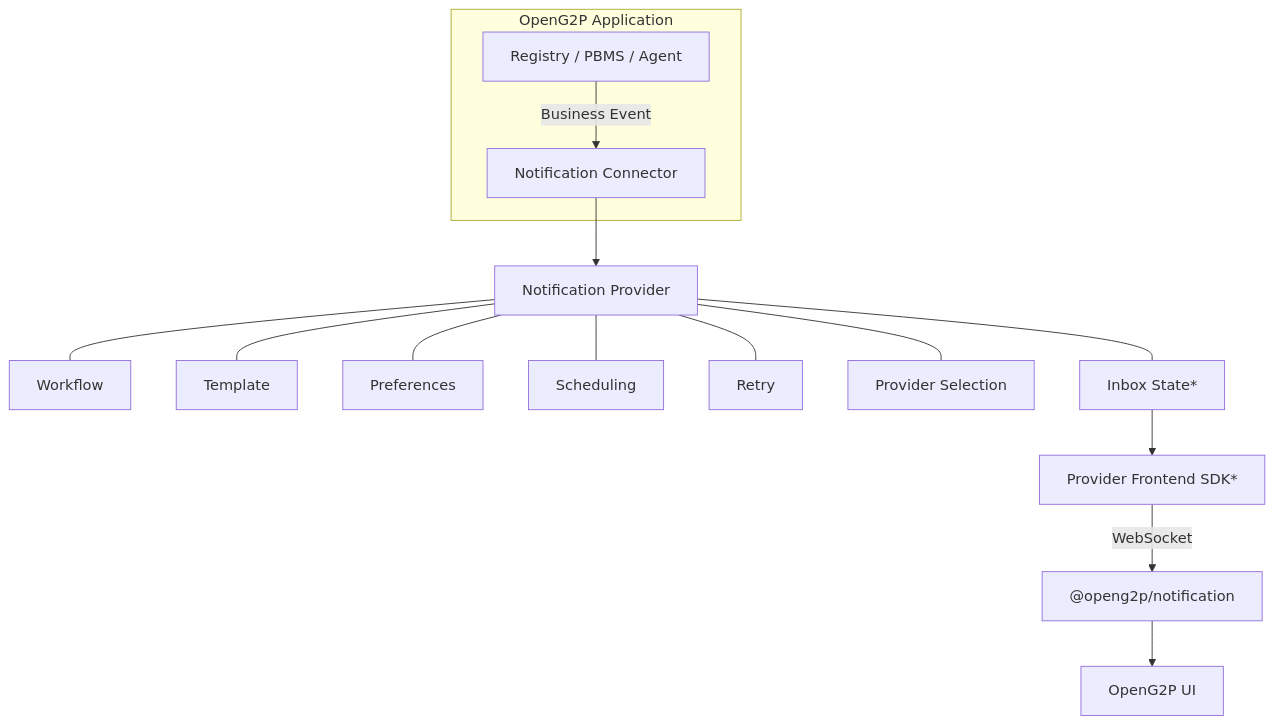
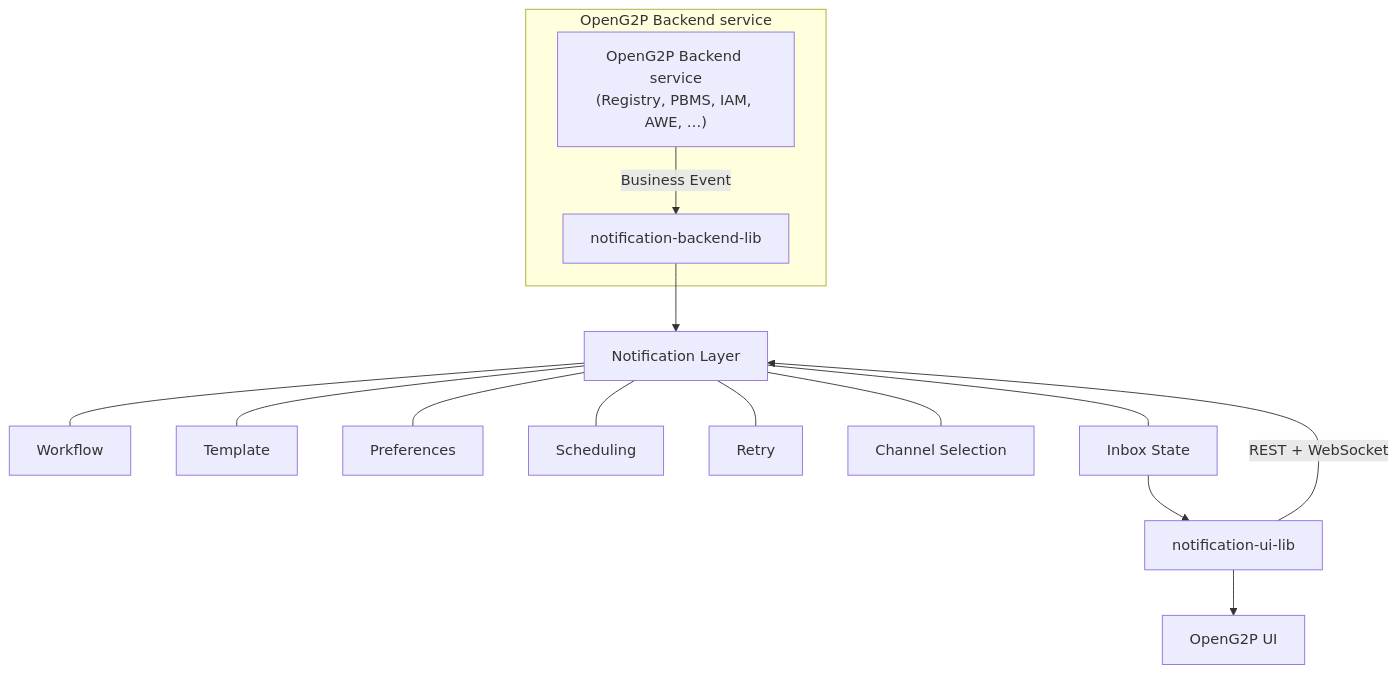
One commit to OpenG2P/openg2p-documentation changed the sixth of 9 diagrams in platform/platform-services/notification/notification-architecture.md. Above: the diagram before and after it, drawn with Mermaid. The commit also changed other lines of this file and 1 other file, not shown here.

Commit message:
G2P-5694 refactor: notification architecture design documentation

````diff
--- a/platform/platform-services/notification/notification-architecture.md
+++ b/platform/platform-services/notification/notification-architecture.md
@@ -367,23 +150,23 @@
 ```mermaid
 flowchart TB
-    subgraph App["OpenG2P Application"]
-        Apps["Registry / PBMS / Agent"]
-        Connector["Notification Connector"]
-        Apps -->|"Business Event"| Connector
+    subgraph App["OpenG2P Backend service"]
+        Apps["OpenG2P Backend service<br/>(Registry, PBMS, IAM, AWE, …)"]
+        BackendLib["notification-backend-lib"]
+        Apps -->|"Business Event"| BackendLib
     end
 
-    Provider["Notification Provider"]
-    Connector --> Provider
+    Layer["Notification Layer"]
+    BackendLib --> Layer
 
-    Provider --- Workflow
-    Provider --- Template
-    Provider --- Preferences
-    Provider --- Scheduling
-    Provider --- Retry
-    Provider --- Selection["Provider Selection"]
-    Provider --- InboxState["Inbox State*"]
+    Layer --- Workflow
+    Layer --- Template
+    Layer --- Preferences
+    Layer --- Scheduling
+    Layer --- Retry
+    Layer --- Selection["Channel Selection"]
+    Layer --- InboxState["Inbox State"]
 
-    InboxState --> SDK["Provider Frontend SDK*"]
-    SDK -->|WebSocket| Package["@openg2p/notification"]
-    Package --> UI["OpenG2P UI"]
+    InboxState --> UILib["notification-ui-lib"]
+    UILib -->|"REST + WebSocket"| Layer
+    UILib --> UI["OpenG2P UI"]
 ```
````
